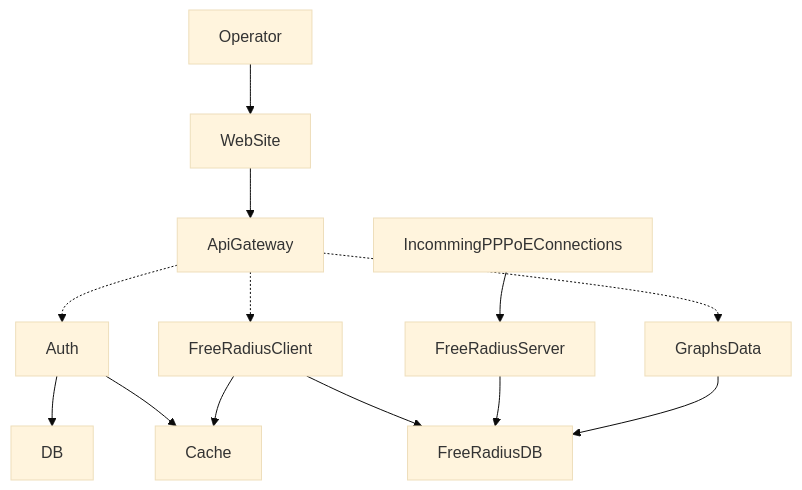
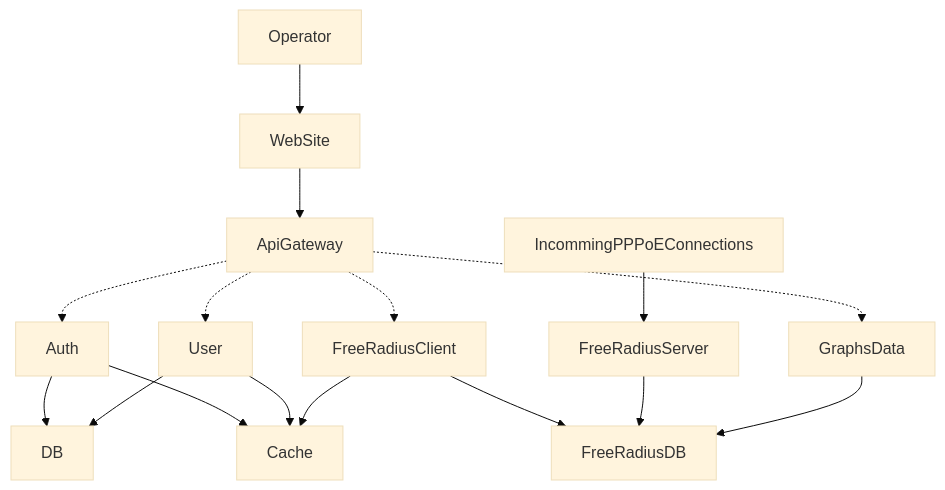
Before and after one commit to OzkrOssa/radius-micro: the first of 2 diagrams in README.md, drawn with Mermaid (base theme).

````diff
--- a/README.md
+++ b/README.md
@@ -29,13 +29,15 @@
 ```mermaid
 graph TD;
     Operator-->WebSite-->ApiGateway;
     Auth-->DB;
+    User-->DB;
     ApiGateway-.->Auth-->Cache;
+    ApiGateway-.->User-->Cache;
     ApiGateway-.->FreeRadiusClient;
     FreeRadiusClient-->FreeRadiusDB;
     FreeRadiusServer-->FreeRadiusDB;
     IncommingPPPoEConnections-->FreeRadiusServer;
     FreeRadiusClient-->Cache;
     ApiGateway-.->GraphsData;
     GraphsData-->FreeRadiusDB;
 ```
````
